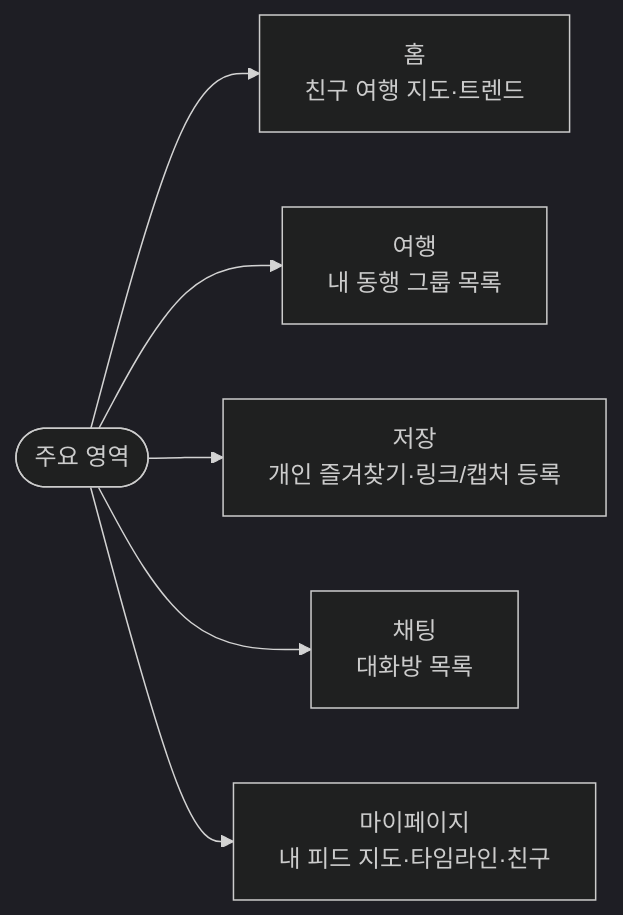
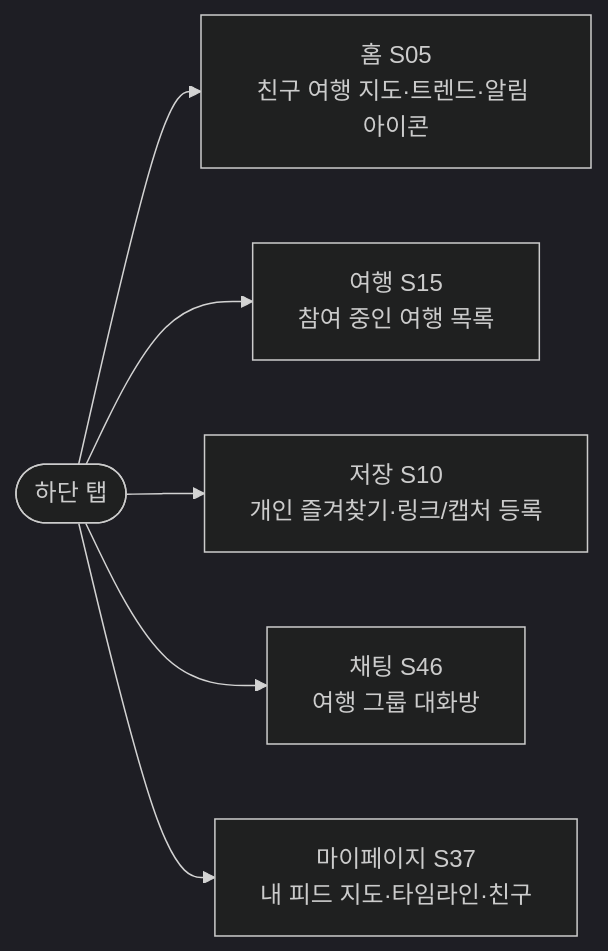
The second of 24 diagrams in docs/flow/user-flow.md (a204-eodilog/eodilog), drawn with Mermaid (dark theme) before and after one commit. The commit also changed other lines of this file, not shown here.

````diff
--- a/docs/flow/user-flow.md
+++ b/docs/flow/user-flow.md
@@ -65,8 +70,8 @@
 ```mermaid
 flowchart LR
-    NAV(["주요 영역"]) --> T1["홈<br/>친구 여행 지도·트렌드"]
-    NAV --> T2["여행<br/>내 동행 그룹 목록"]
-    NAV --> T3["저장<br/>개인 즐겨찾기·링크/캡처 등록"]
-    NAV --> T4["채팅<br/>대화방 목록"]
-    NAV --> T5["마이페이지<br/>내 피드 지도·타임라인·친구"]
+    NAV(["하단 탭"]) --> T1["홈 S05<br/>친구 여행 지도·트렌드·알림 아이콘"]
+    NAV --> T2["여행 S15<br/>참여 중인 여행 목록"]
+    NAV --> T3["저장 S10<br/>개인 즐겨찾기·링크/캡처 등록"]
+    NAV --> T4["채팅 S46<br/>여행 그룹 대화방"]
+    NAV --> T5["마이페이지 S37<br/>내 피드 지도·타임라인·친구"]
 ```
````
